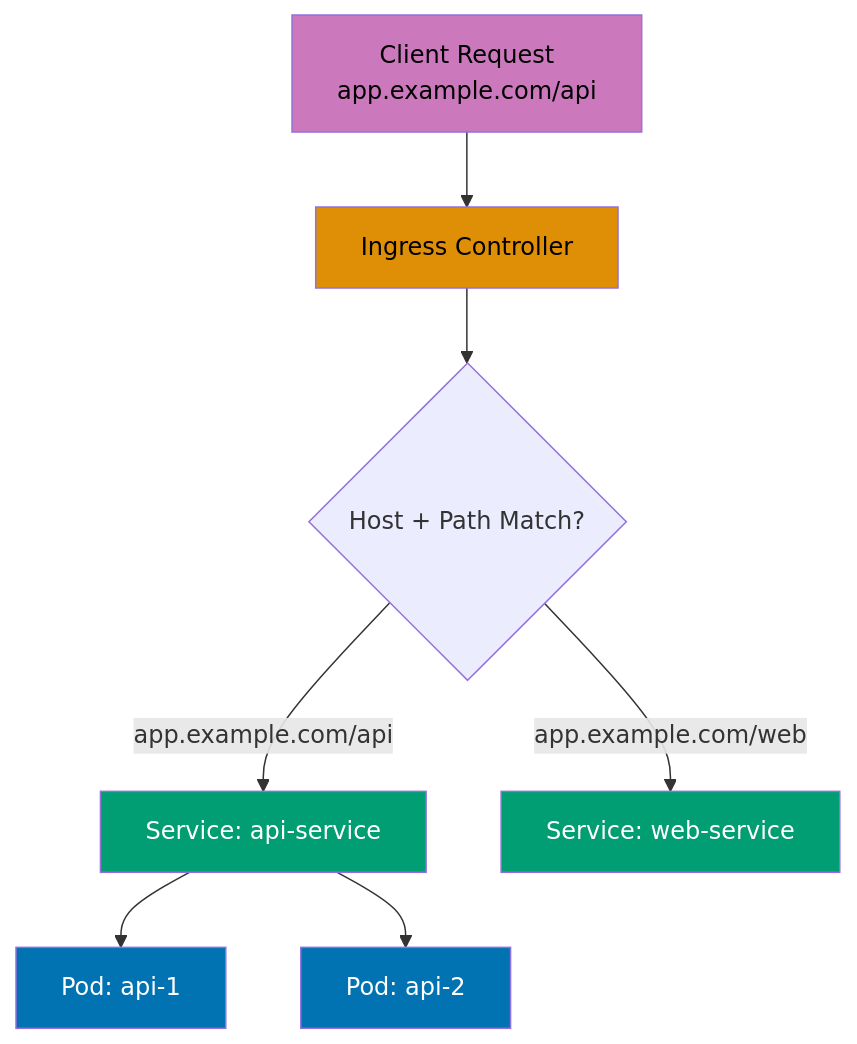
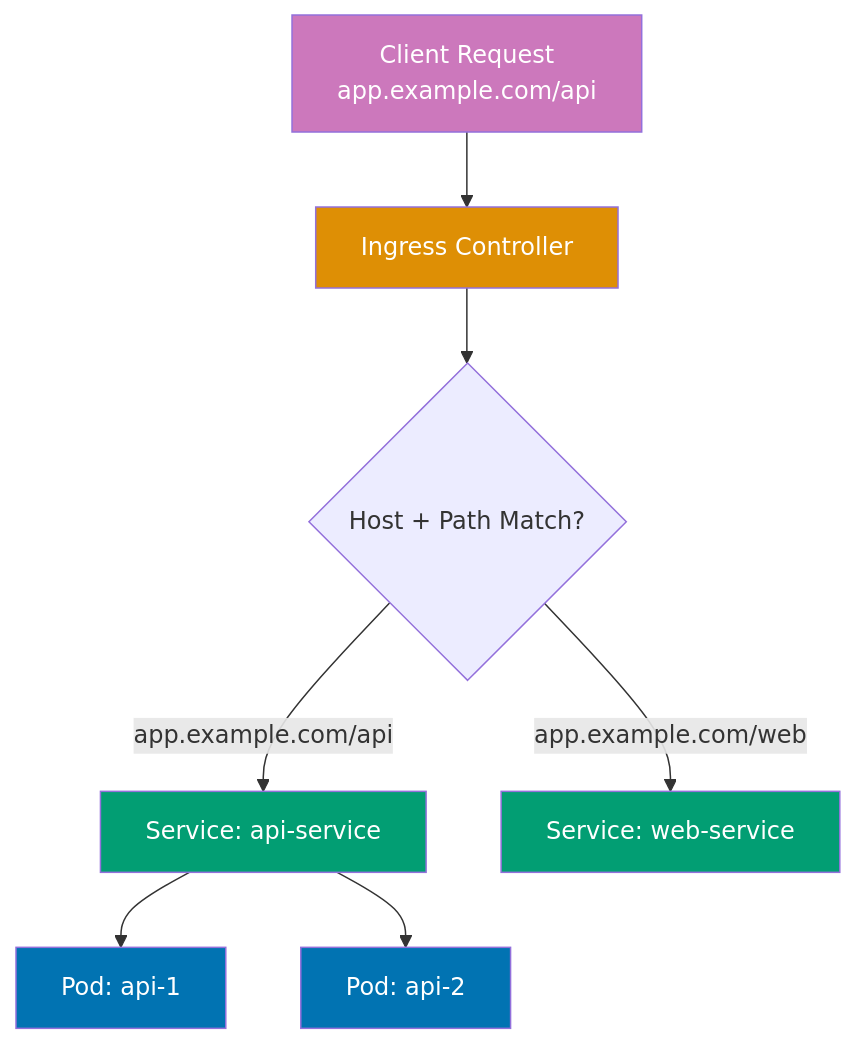
The sixth of 12 diagrams in apps/ayokoding-web/content/en/learn/software-engineering/infrastructure/tools/kubernetes/by-example/intermediate.md (wahidyankf/open-sharia-enterprise), drawn with Mermaid before and after one commit. The commit also changed other lines of this file and 61 other files, not shown here.

First line of the commit message:
fix(ayokoding-web): quote Mermaid node labels with special characters in Example 63

````diff
--- a/apps/ayokoding-web/content/en/learn/software-engineering/infrastructure/tools/kubernetes/by-example/intermediate.md
+++ b/apps/ayokoding-web/content/en/learn/software-engineering/infrastructure/tools/kubernetes/by-example/intermediate.md
@@ -1109,17 +1109,17 @@
 ```mermaid
 %% Ingress routing
 graph TD
     A[Client Request<br/>app.example.com/api] --> B[Ingress Controller]
     B --> C{Host + Path Match?}
     C -->|app.example.com/api| D[Service: api-service]
     C -->|app.example.com/web| E[Service: web-service]
     D --> F[Pod: api-1]
     D --> G[Pod: api-2]
 
-    style A fill:#CC78BC,color:#000
-    style B fill:#DE8F05,color:#000
+    style A fill:#CC78BC,color:#fff
+    style B fill:#DE8F05,color:#fff
     style D fill:#029E73,color:#fff
     style E fill:#029E73,color:#fff
     style F fill:#0173B2,color:#fff
     style G fill:#0173B2,color:#fff
 ```
````
